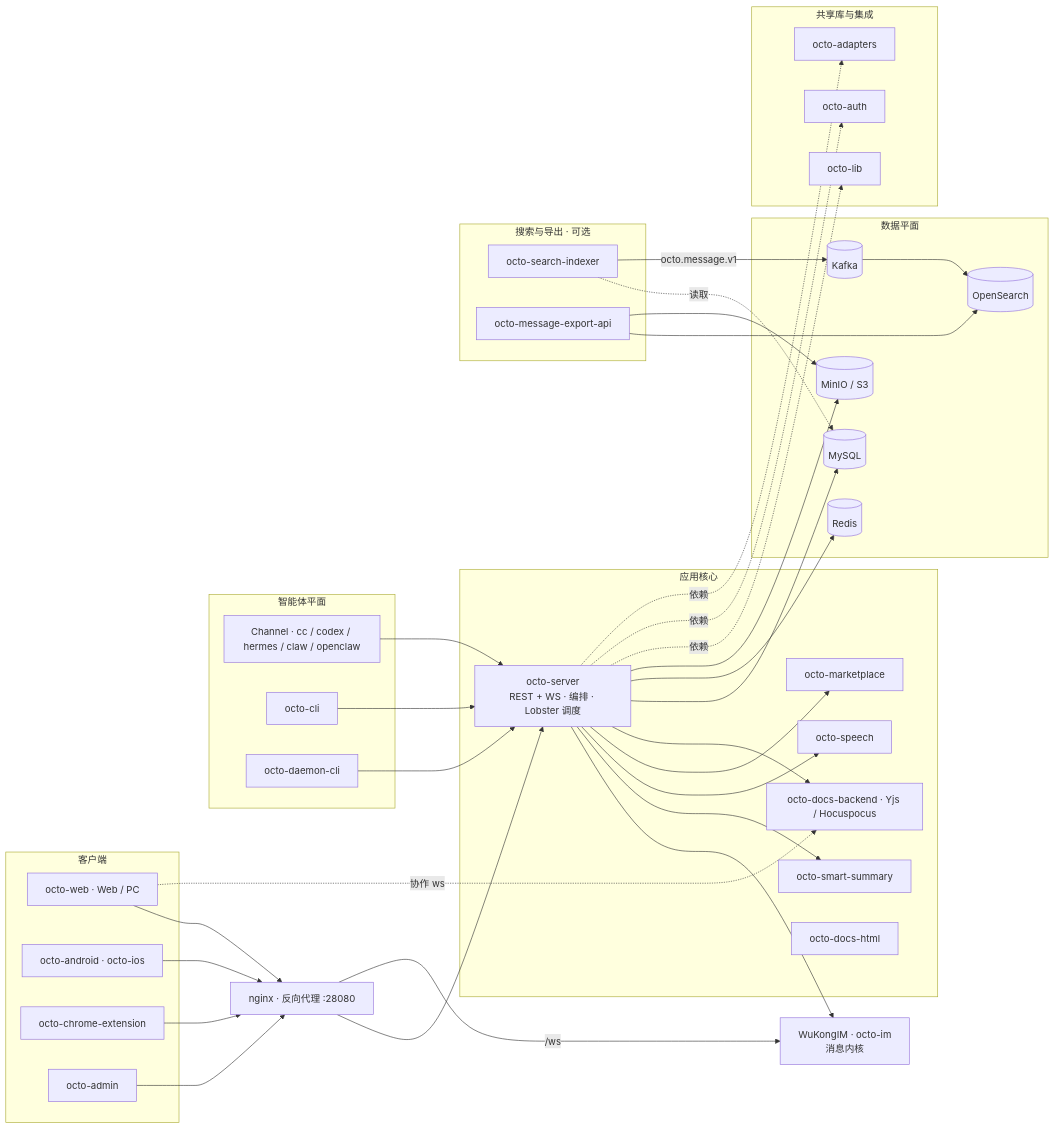
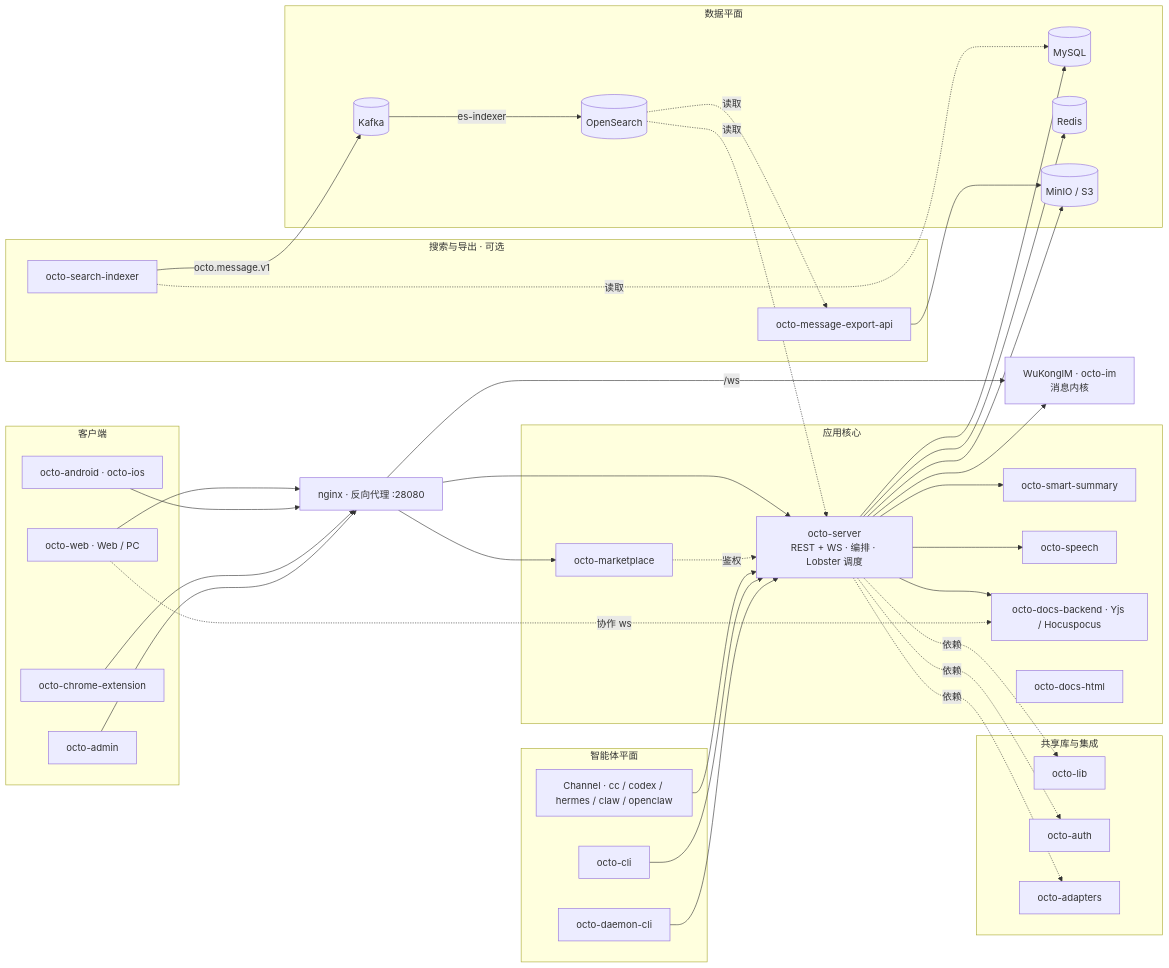
Before and after one commit to Mininglamp-OSS/octo-docs: the diagram in zh/concepts/architecture-overview.mdx, drawn with Mermaid. The commit also changed 12 other files, not shown here.

First line of the commit message:
docs: fix diagram topology + drop remaining repo counts (review feedback)

````diff
--- a/zh/concepts/architecture-overview.mdx
+++ b/zh/concepts/architecture-overview.mdx
@@ -14,74 +14,76 @@
 ```mermaid
 graph LR
   subgraph clients["客户端"]
     web["octo-web · Web / PC"]
     mob["octo-android · octo-ios"]
     ext["octo-chrome-extension"]
     adm["octo-admin"]
   end
 
   nginx["nginx · 反向代理 :28080"]
 
   subgraph core["应用核心"]
     server["octo-server<br/>REST + WS · 编排 · Lobster 调度"]
     summary["octo-smart-summary"]
     speech["octo-speech"]
     market["octo-marketplace"]
     dbe["octo-docs-backend · Yjs / Hocuspocus"]
     dhtml["octo-docs-html"]
   end
 
   im["WuKongIM · octo-im<br/>消息内核"]
 
   subgraph agents["智能体平面"]
     chan["Channel · cc / codex / hermes / claw / openclaw"]
     cli["octo-cli"]
     daemon["octo-daemon-cli"]
   end
 
   subgraph pipe["搜索与导出 · 可选"]
     idx["octo-search-indexer"]
     exp["octo-message-export-api"]
   end
 
   subgraph data["数据平面"]
     my[("MySQL")]
     rd[("Redis")]
     obj[("MinIO / S3")]
     kf[("Kafka")]
     osx[("OpenSearch")]
   end
 
   subgraph shared["共享库与集成"]
     lib["octo-lib"]
     auth["octo-auth"]
     adp["octo-adapters"]
   end
 
   web --> nginx
   mob --> nginx
   ext --> nginx
   adm --> nginx
   nginx --> server
+  nginx --> market
   nginx -->|/ws| im
   server --> im
   server --> summary
   server --> speech
-  server --> market
   server --> dbe
+  market -. 鉴权 .-> server
   web -. 协作 ws .-> dbe
   server --> my
   server --> rd
   server --> obj
   chan --> server
   cli --> server
   daemon --> server
   idx -. 读取 .-> my
   idx -->|octo.message.v1| kf
-  kf --> osx
-  exp --> osx
+  kf -->|es-indexer| osx
+  osx -. 读取 .-> server
+  osx -. 读取 .-> exp
   exp --> obj
   server -. 依赖 .-> lib
   server -. 依赖 .-> auth
   server -. 依赖 .-> adp
 ```
````
